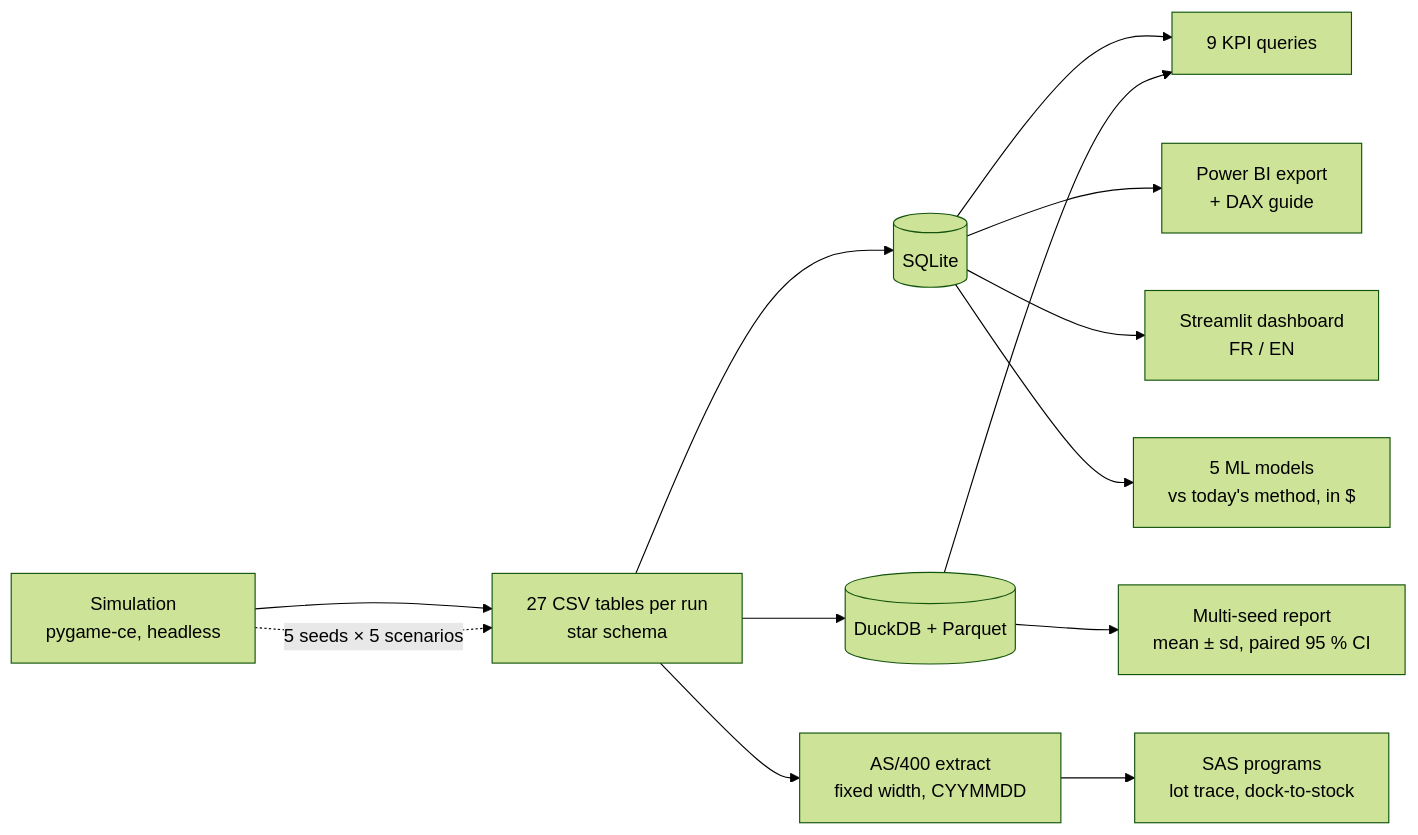
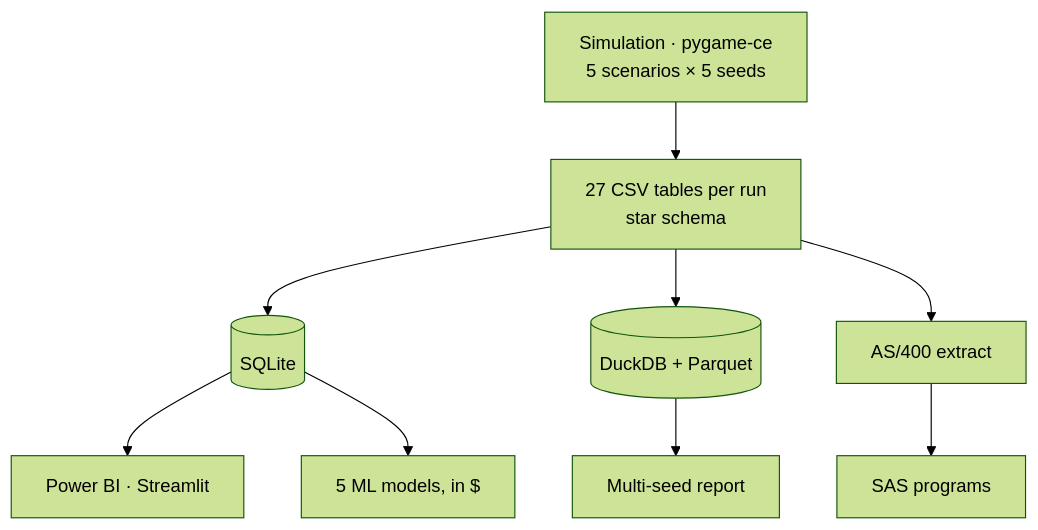
The diagram in README.md (KevinSeyranoglu/boreal-viandes-warehouse-sim), drawn with Mermaid (forest theme) before and after one commit.

Commit message:
README: top-down architecture diagram so it fits narrow and phone screens

````diff
--- a/README.md
+++ b/README.md
@@ -27,15 +27,11 @@
 ```mermaid
-flowchart LR
-    SIM["Simulation<br/>pygame-ce, headless"] --> CSV["27 CSV tables per run<br/>star schema"]
-    SIM -.->|"5 seeds × 5 scenarios"| CSV
+flowchart TD
+    SIM["Simulation · pygame-ce<br/>5 scenarios × 5 seeds"] --> CSV["27 CSV tables per run<br/>star schema"]
     CSV --> SQLITE[("SQLite")]
     CSV --> DUCK[("DuckDB + Parquet")]
-    CSV --> AS400["AS/400 extract<br/>fixed width, CYYMMDD"]
-    AS400 --> SAS["SAS programs<br/>lot trace, dock-to-stock"]
-    SQLITE --> SQL["9 KPI queries"]
-    DUCK --> SQL
-    SQLITE --> PBI["Power BI export<br/>+ DAX guide"]
-    SQLITE --> ST["Streamlit dashboard<br/>FR / EN"]
-    SQLITE --> ML["5 ML models<br/>vs today's method, in $"]
-    DUCK --> MS["Multi-seed report<br/>mean ± sd, paired 95 % CI"]
+    CSV --> AS400["AS/400 extract"]
+    SQLITE --> BI["Power BI · Streamlit"]
+    SQLITE --> ML["5 ML models, in $"]
+    DUCK --> MS["Multi-seed report"]
+    AS400 --> SAS["SAS programs"]
 ```
````
